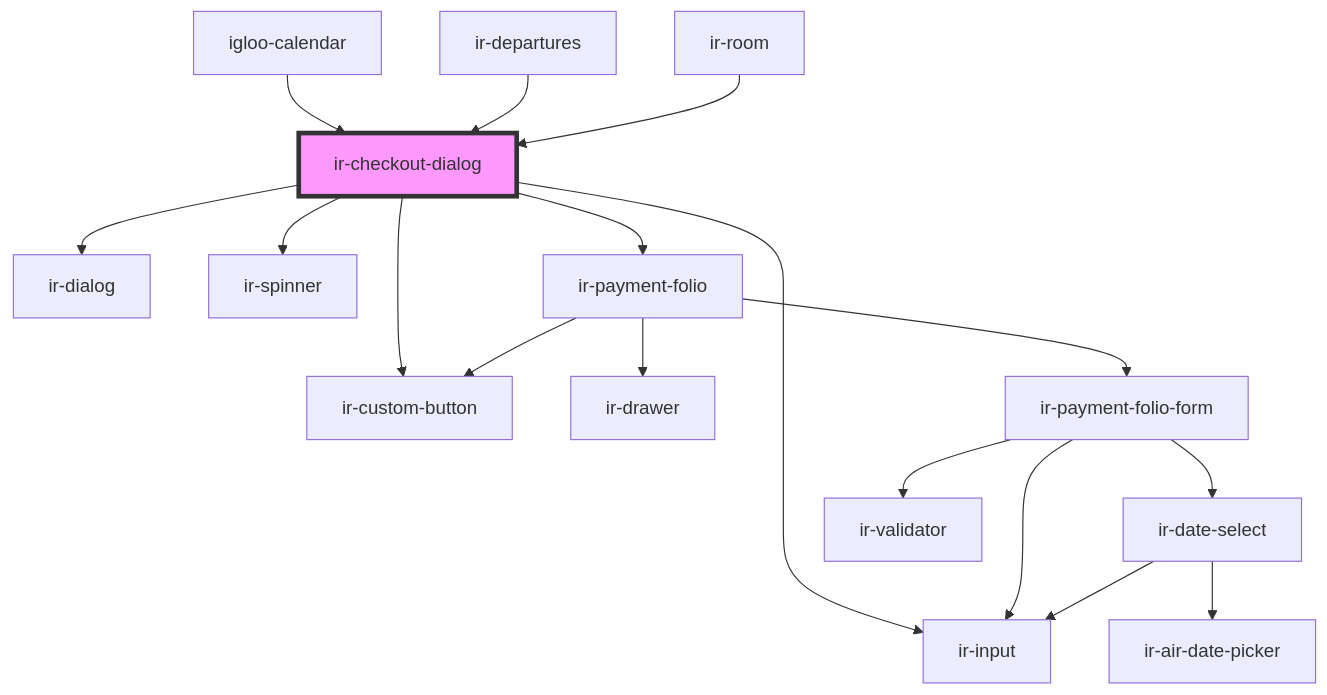
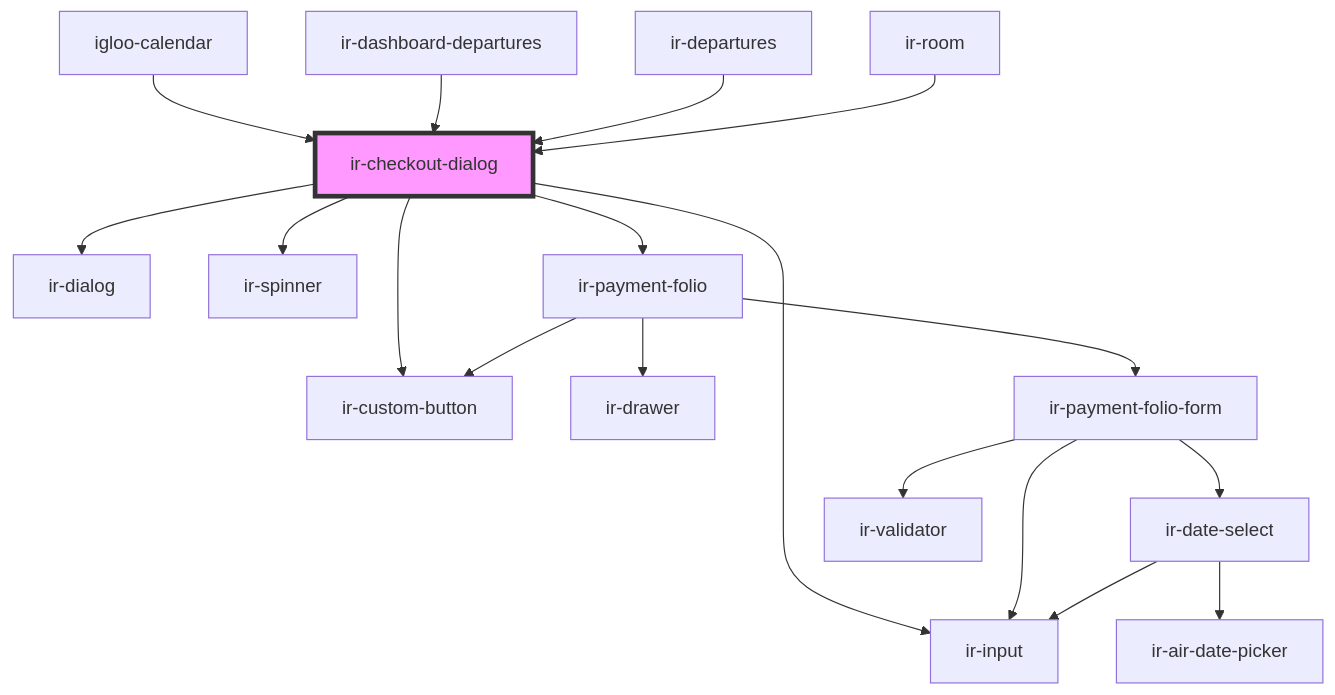
One commit to RonyRizk/ir-webcmp changed the diagram in src/components/ir-checkout-dialog/readme.md. Above: the diagram before and after it, drawn with Mermaid. The commit also changed other lines of this file and 76 other files, not shown here.

````diff
--- a/src/components/ir-checkout-dialog/readme.md
+++ b/src/components/ir-checkout-dialog/readme.md
@@ -41,20 +42,21 @@
 ```mermaid
 graph TD;
   ir-checkout-dialog --> ir-input
   ir-checkout-dialog --> ir-custom-button
   ir-checkout-dialog --> ir-dialog
   ir-checkout-dialog --> ir-spinner
   ir-checkout-dialog --> ir-payment-folio
   ir-payment-folio --> ir-drawer
   ir-payment-folio --> ir-payment-folio-form
   ir-payment-folio --> ir-custom-button
   ir-payment-folio-form --> ir-date-select
   ir-payment-folio-form --> ir-validator
   ir-payment-folio-form --> ir-input
   ir-date-select --> ir-input
   ir-date-select --> ir-air-date-picker
   igloo-calendar --> ir-checkout-dialog
+  ir-dashboard-departures --> ir-checkout-dialog
   ir-departures --> ir-checkout-dialog
   ir-room --> ir-checkout-dialog
   style ir-checkout-dialog fill:#f9f,stroke:#333,stroke-width:4px
 ```
````
